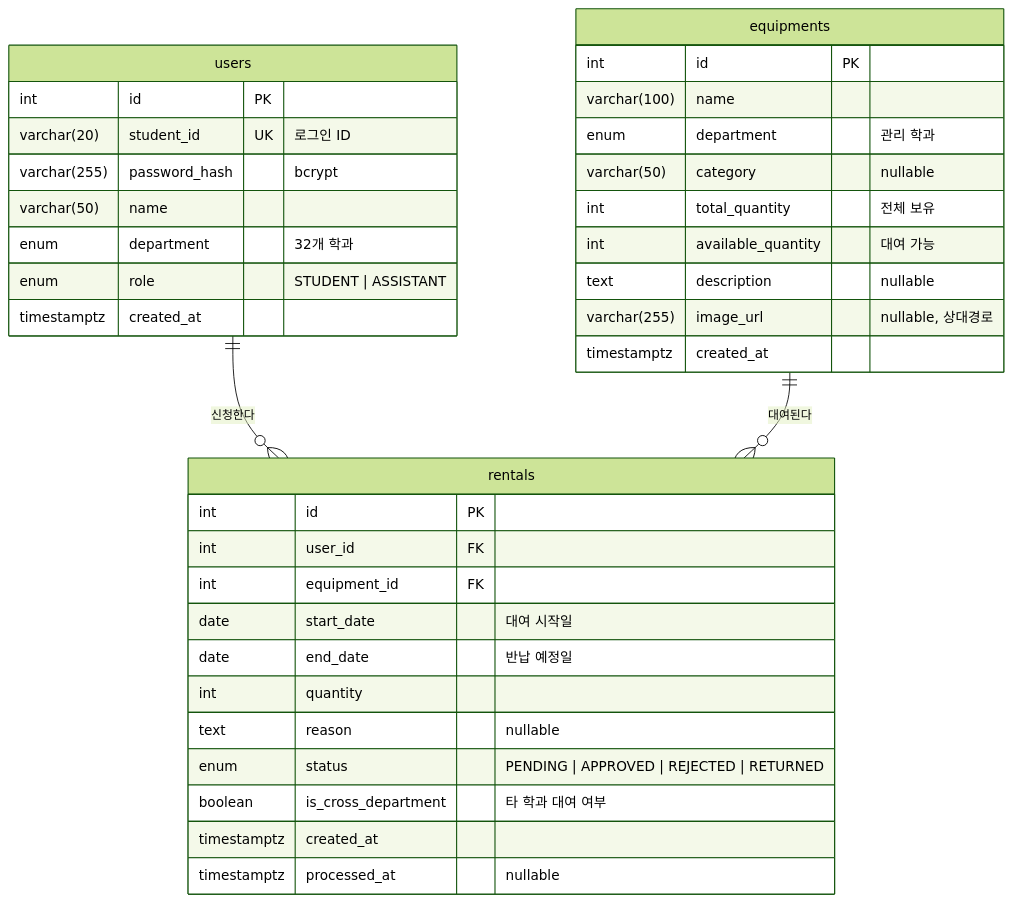
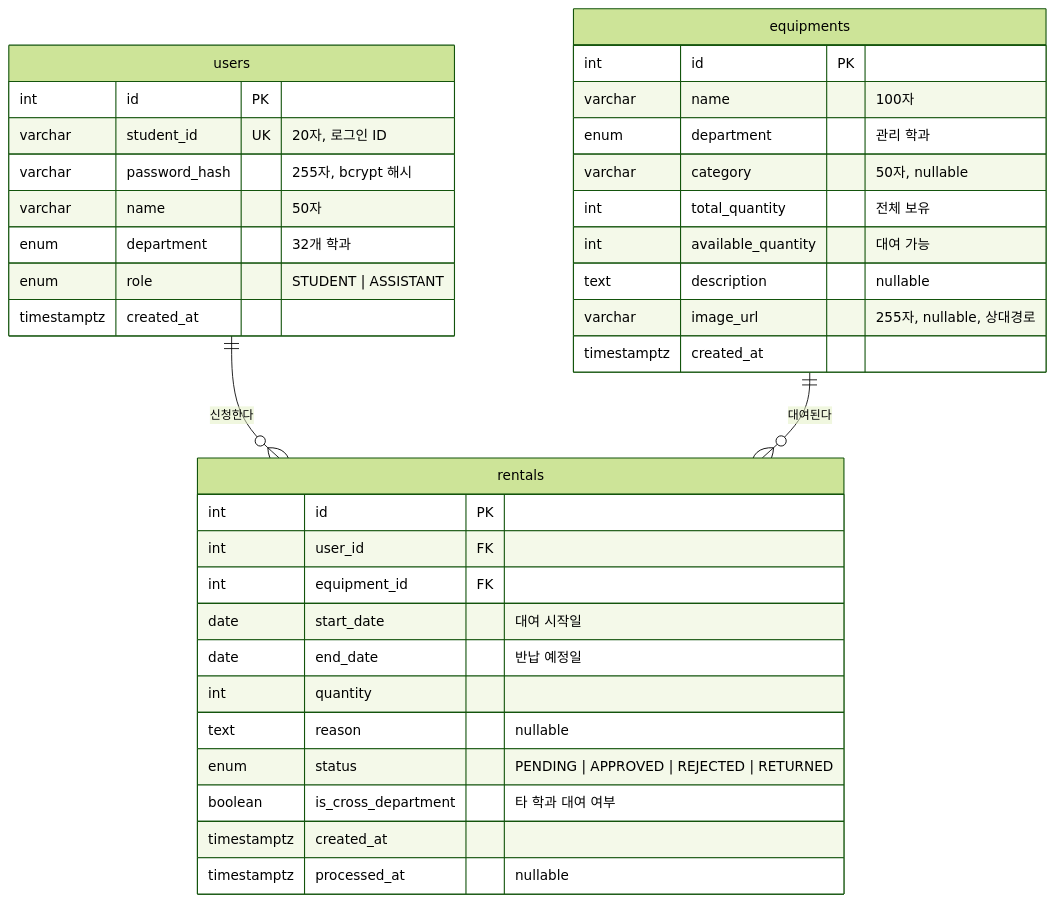
Before and after one commit to Zman927/hackathon-useful-kids: the first of 2 diagrams in docs/Database.md, drawn with Mermaid (forest theme). The commit also changed 3 other files, not shown here.

First line of the commit message:
docs: Mermaid 다이어그램 렌더링 호환성 보정

````diff
--- a/docs/Database.md
+++ b/docs/Database.md
@@ -13,41 +13,41 @@
 ```mermaid
 erDiagram
     users ||--o{ rentals : "신청한다"
     equipments ||--o{ rentals : "대여된다"
 
     users {
         int id PK
-        varchar(20) student_id UK "로그인 ID"
-        varchar(255) password_hash "bcrypt"
-        varchar(50) name
+        varchar student_id UK "20자, 로그인 ID"
+        varchar password_hash "255자, bcrypt 해시"
+        varchar name "50자"
         enum department "32개 학과"
         enum role "STUDENT | ASSISTANT"
         timestamptz created_at
     }
 
     equipments {
         int id PK
-        varchar(100) name
+        varchar name "100자"
         enum department "관리 학과"
-        varchar(50) category "nullable"
+        varchar category "50자, nullable"
         int total_quantity "전체 보유"
         int available_quantity "대여 가능"
         text description "nullable"
-        varchar(255) image_url "nullable, 상대경로"
+        varchar image_url "255자, nullable, 상대경로"
         timestamptz created_at
     }
 
     rentals {
         int id PK
         int user_id FK
         int equipment_id FK
         date start_date "대여 시작일"
         date end_date "반납 예정일"
         int quantity
         text reason "nullable"
         enum status "PENDING | APPROVED | REJECTED | RETURNED"
         boolean is_cross_department "타 학과 대여 여부"
         timestamptz created_at
         timestamptz processed_at "nullable"
     }
 ```
````
